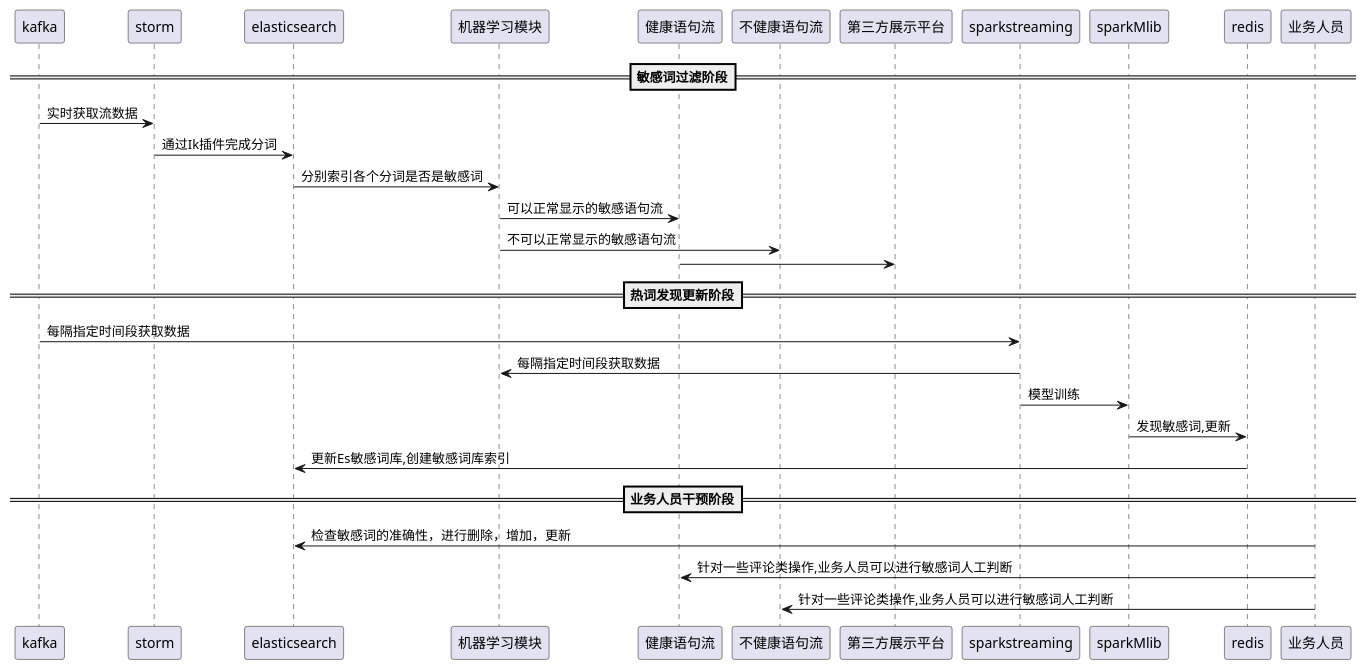
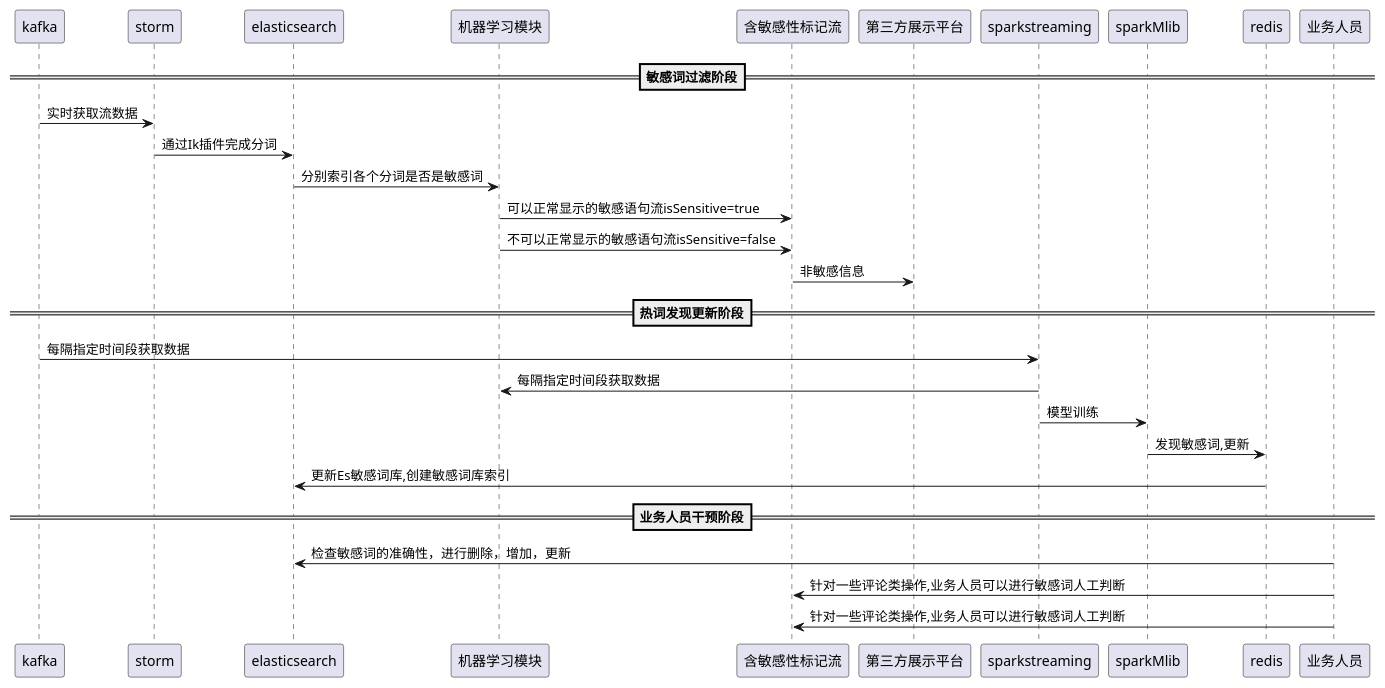
One commit to bzvs1992/SensitiveWordFilter changed the fourth of 10 diagrams in doc/Framework.puml. Above: the diagram before and after it, drawn with PlantUML. The commit also changed other lines of this file and 3 other files, not shown here.

```diff
--- a/doc/Framework.puml
+++ b/doc/Framework.puml
@@ -80,21 +79,21 @@
 @startuml
 ==敏感词过滤阶段==
 kafka -> storm : 实时获取流数据
 storm -> elasticsearch : 通过Ik插件完成分词
 elasticsearch -> 机器学习模块 : 分别索引各个分词是否是敏感词
-机器学习模块-> 健康语句流: 可以正常显示的敏感语句流
-机器学习模块-> 不健康语句流: 不可以正常显示的敏感语句流
- 健康语句流 -> 第三方展示平台
+机器学习模块-> 含敏感性标记流: 可以正常显示的敏感语句流isSensitive=true
+机器学习模块-> 含敏感性标记流: 不可以正常显示的敏感语句流isSensitive=false
+含敏感性标记流 -> 第三方展示平台: 非敏感信息
 
 ==热词发现更新阶段==
 kafka->sparkstreaming: 每隔指定时间段获取数据
 机器学习模块 <- sparkstreaming: 每隔指定时间段获取数据
 sparkstreaming -> sparkMlib :模型训练
 sparkMlib -> redis :发现敏感词,更新
 redis -> elasticsearch: 更新Es敏感词库,创建敏感词库索引
 
 ==业务人员干预阶段==
 业务人员 -> elasticsearch : 检查敏感词的准确性，进行删除，增加，更新
-业务人员 -> 健康语句流: 针对一些评论类操作,业务人员可以进行敏感词人工判断
-业务人员 -> 不健康语句流: 针对一些评论类操作,业务人员可以进行敏感词人工判断
+业务人员 -> 含敏感性标记流: 针对一些评论类操作,业务人员可以进行敏感词人工判断
+业务人员 -> 含敏感性标记流: 针对一些评论类操作,业务人员可以进行敏感词人工判断
 @enduml
```
